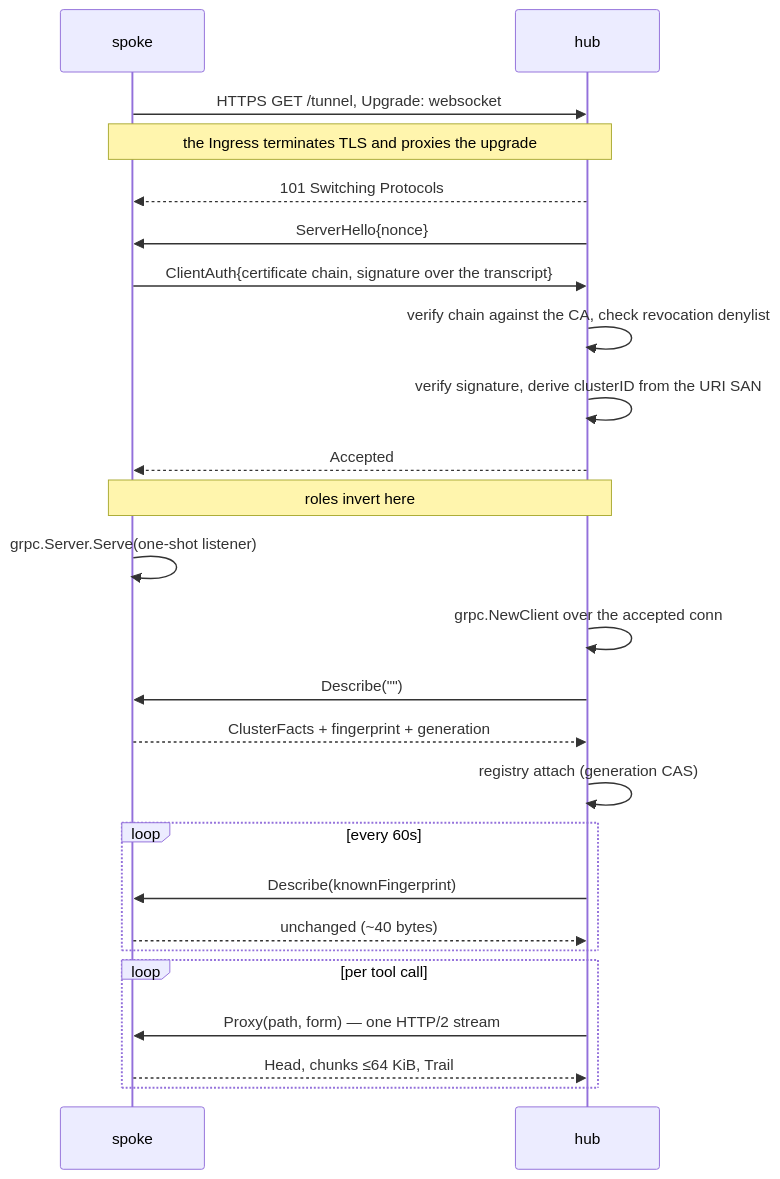
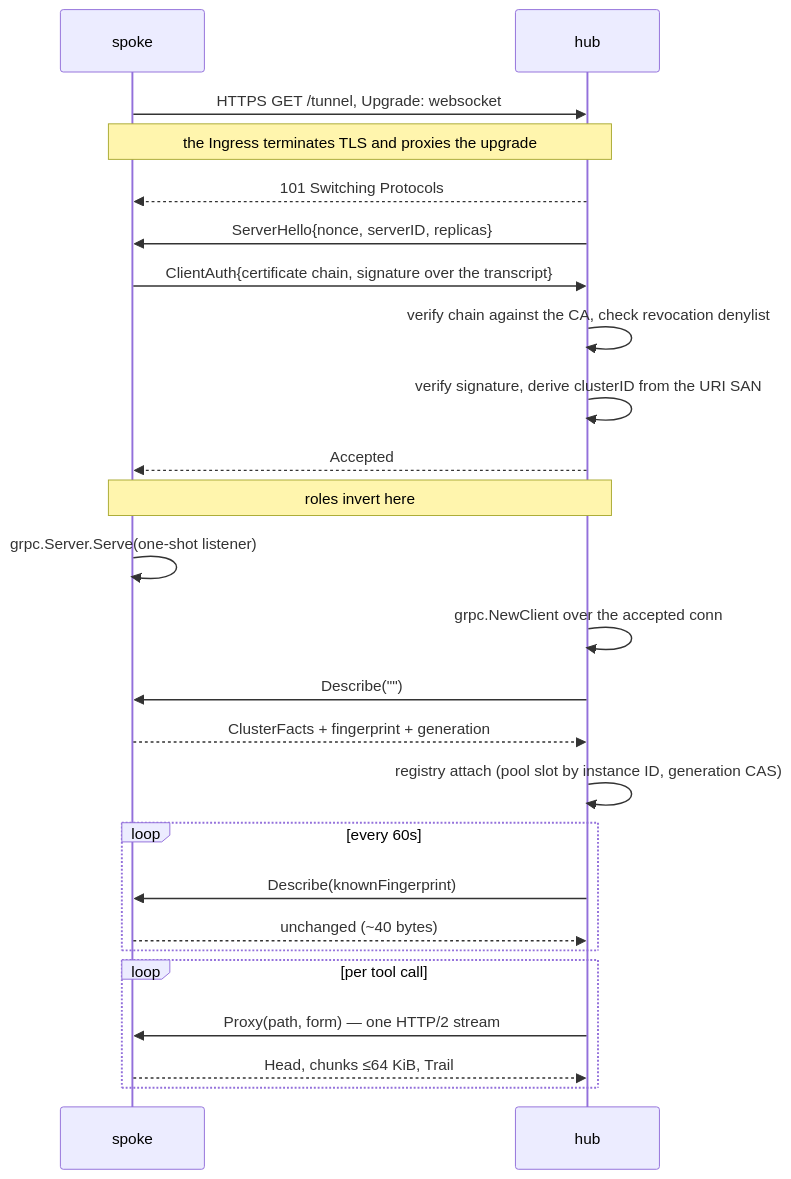
Before and after one commit to jacoknapp/prometheus-mcp-fleet: the second of 4 diagrams in docs/architecture.md, drawn with Mermaid. The commit also changed other lines of this file and 24 other files, not shown here.

````diff
--- a/docs/architecture.md
+++ b/docs/architecture.md
@@ -129,28 +144,28 @@
 ```mermaid
 sequenceDiagram
     participant S as spoke
     participant H as hub
 
     S->>H: HTTPS GET /tunnel, Upgrade: websocket
     Note over S,H: the Ingress terminates TLS and proxies the upgrade
     H-->>S: 101 Switching Protocols
-    H->>S: ServerHello{nonce}
+    H->>S: ServerHello{nonce, serverID, replicas}
     S->>H: ClientAuth{certificate chain, signature over the transcript}
     H->>H: verify chain against the CA, check revocation denylist
     H->>H: verify signature, derive clusterID from the URI SAN
     H-->>S: Accepted
     Note over S,H: roles invert here
     S->>S: grpc.Server.Serve(one-shot listener)
     H->>H: grpc.NewClient over the accepted conn
     H->>S: Describe("")
     S-->>H: ClusterFacts + fingerprint + generation
-    H->>H: registry attach (generation CAS)
+    H->>H: registry attach (pool slot by instance ID, generation CAS)
     loop every 60s
         H->>S: Describe(knownFingerprint)
         S-->>H: unchanged (~40 bytes)
     end
     loop per tool call
         H->>S: Proxy(path, form) — one HTTP/2 stream
         S-->>H: Head, chunks ≤64 KiB, Trail
     end
 ```
````
